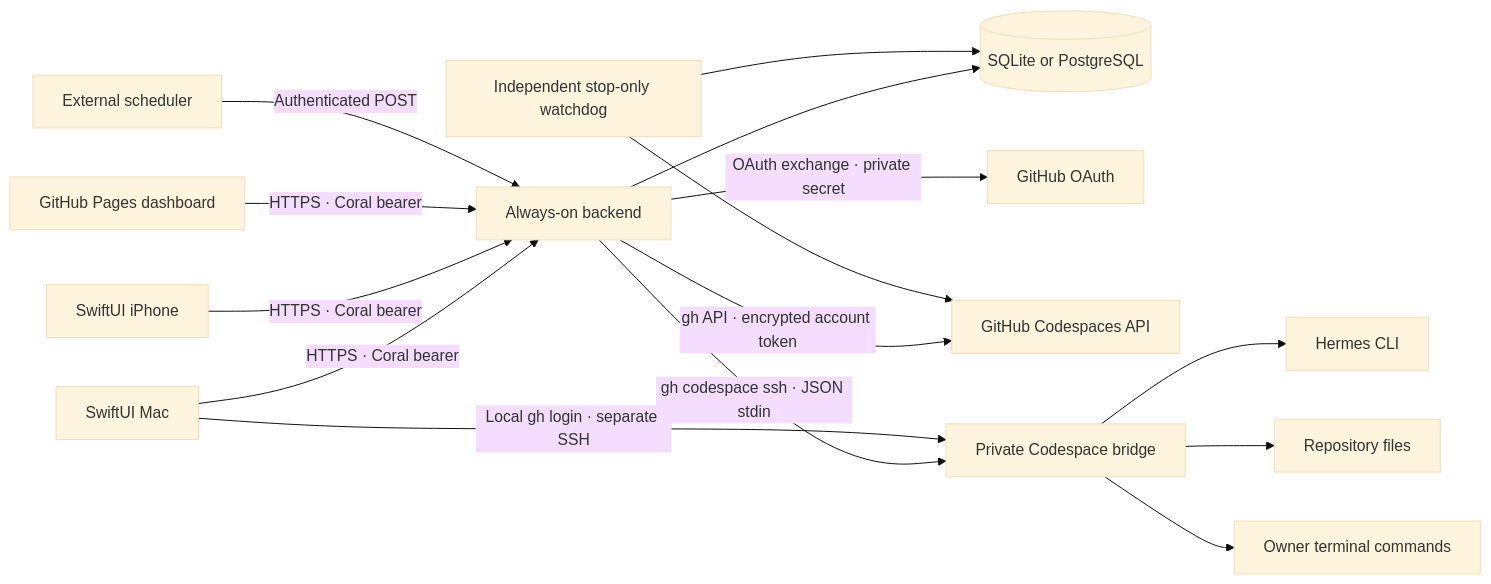
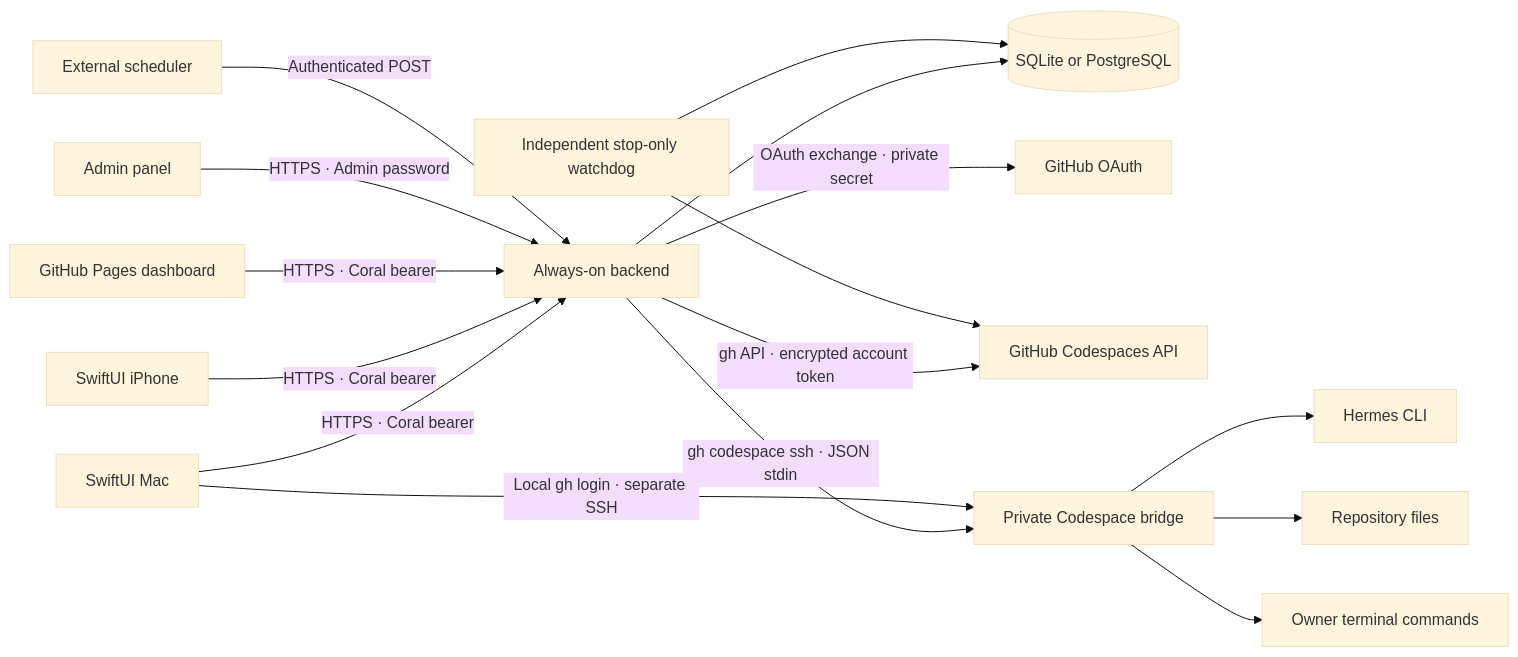
The diagram in docs/ARCHITECTURE.md (MathObsession/Coral), drawn with Mermaid (base theme) before and after one commit. The commit also changed other lines of this file and 14 other files, not shown here.

````diff
--- a/docs/ARCHITECTURE.md
+++ b/docs/ARCHITECTURE.md
@@ -3,17 +3,18 @@
 ```mermaid
 flowchart LR
     Mac[SwiftUI Mac] -->|HTTPS · Coral bearer| Backend[Always-on backend]
     Phone[SwiftUI iPhone] -->|HTTPS · Coral bearer| Backend
     Pages[GitHub Pages dashboard] -->|HTTPS · Coral bearer| Backend
+    Admin[Admin panel] -->|HTTPS · Admin password| Backend
     Backend --> DB[(SQLite or PostgreSQL)]
     Backend -->|OAuth exchange · private secret| OAuth[GitHub OAuth]
     Backend -->|gh API · encrypted account token| GitHub[GitHub Codespaces API]
     Backend -->|gh codespace ssh · JSON stdin| Bridge[Private Codespace bridge]
     Bridge --> Hermes[Hermes CLI]
     Bridge --> Files[Repository files]
     Bridge --> Commands[Owner terminal commands]
     Mac -->|Local gh login · separate SSH| Bridge
     Watchdog[Independent stop-only watchdog] --> DB
     Watchdog --> GitHub
     Cron[External scheduler] -->|Authenticated POST| Backend
 ```
````
